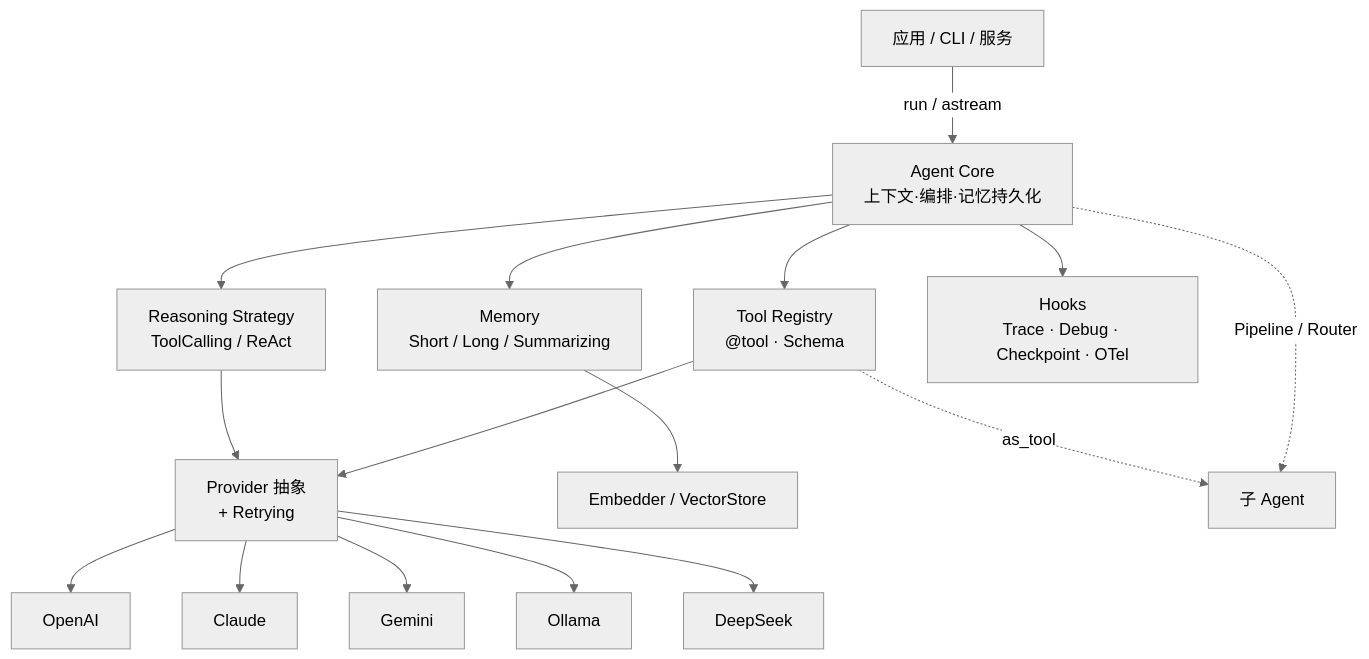
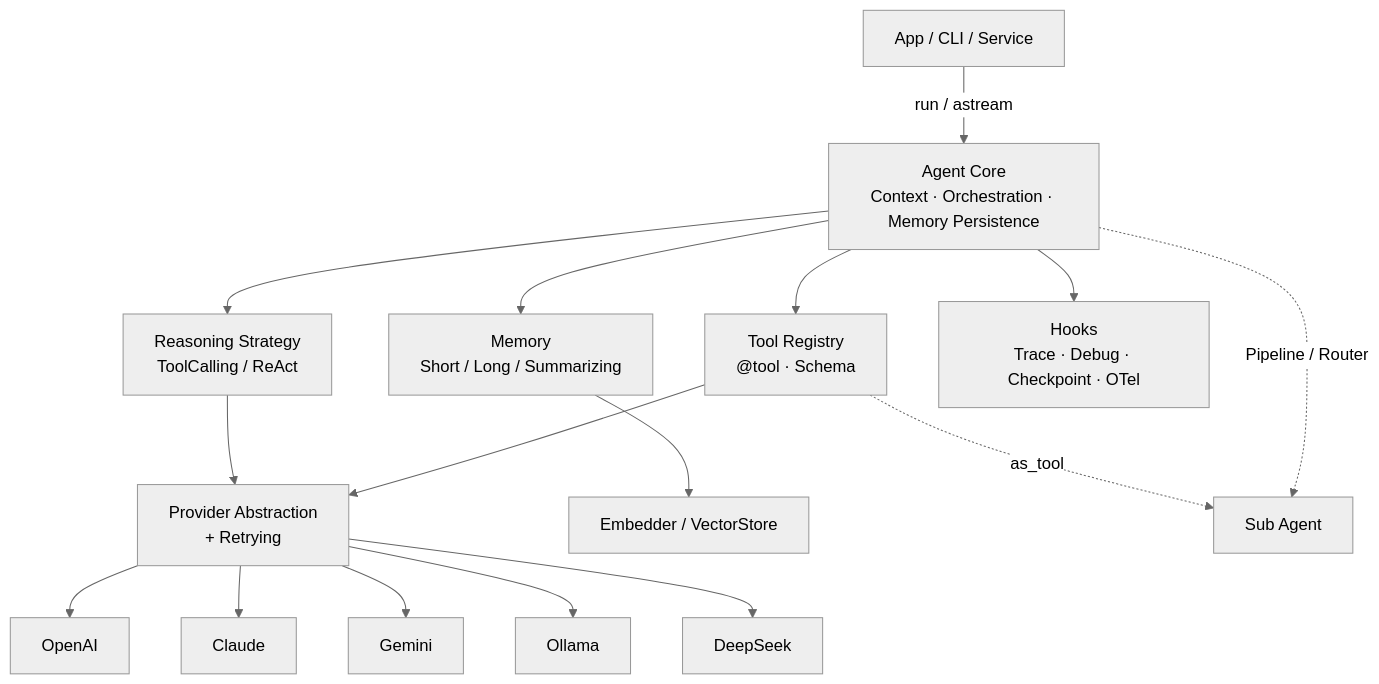
Before and after one commit to Morainet/morainet-ai: the diagram in README.md, drawn with Mermaid (neutral theme). The commit also changed other lines of this file and 1 other file, not shown here.

````diff
--- a/README.md
+++ b/README.md
@@ -66,18 +72,18 @@
 ```mermaid
 flowchart TD
-    App[应用 / CLI / 服务] -->|run / astream| Core[Agent Core<br/>上下文·编排·记忆持久化]
+    App[App / CLI / Service] -->|run / astream| Core[Agent Core<br/>Context · Orchestration · Memory Persistence]
 
     Core --> Reasoning[Reasoning Strategy<br/>ToolCalling / ReAct]
     Core --> Memory[Memory<br/>Short / Long / Summarizing]
     Core --> Tools[Tool Registry<br/>@tool · Schema]
     Core --> Hooks[Hooks<br/>Trace · Debug · Checkpoint · OTel]
 
-    Reasoning --> Provider[Provider 抽象<br/>+ Retrying]
+    Reasoning --> Provider[Provider Abstraction<br/>+ Retrying]
     Tools --> Provider
     Memory --> Embed[Embedder / VectorStore]
 
     Provider --> OpenAI & Claude & Gemini & Ollama & DeepSeek
 
-    Tools -. as_tool .-> Sub[子 Agent]
+    Tools -. as_tool .-> Sub[Sub Agent]
     Core -. Pipeline / Router .-> Sub
 ```
````
